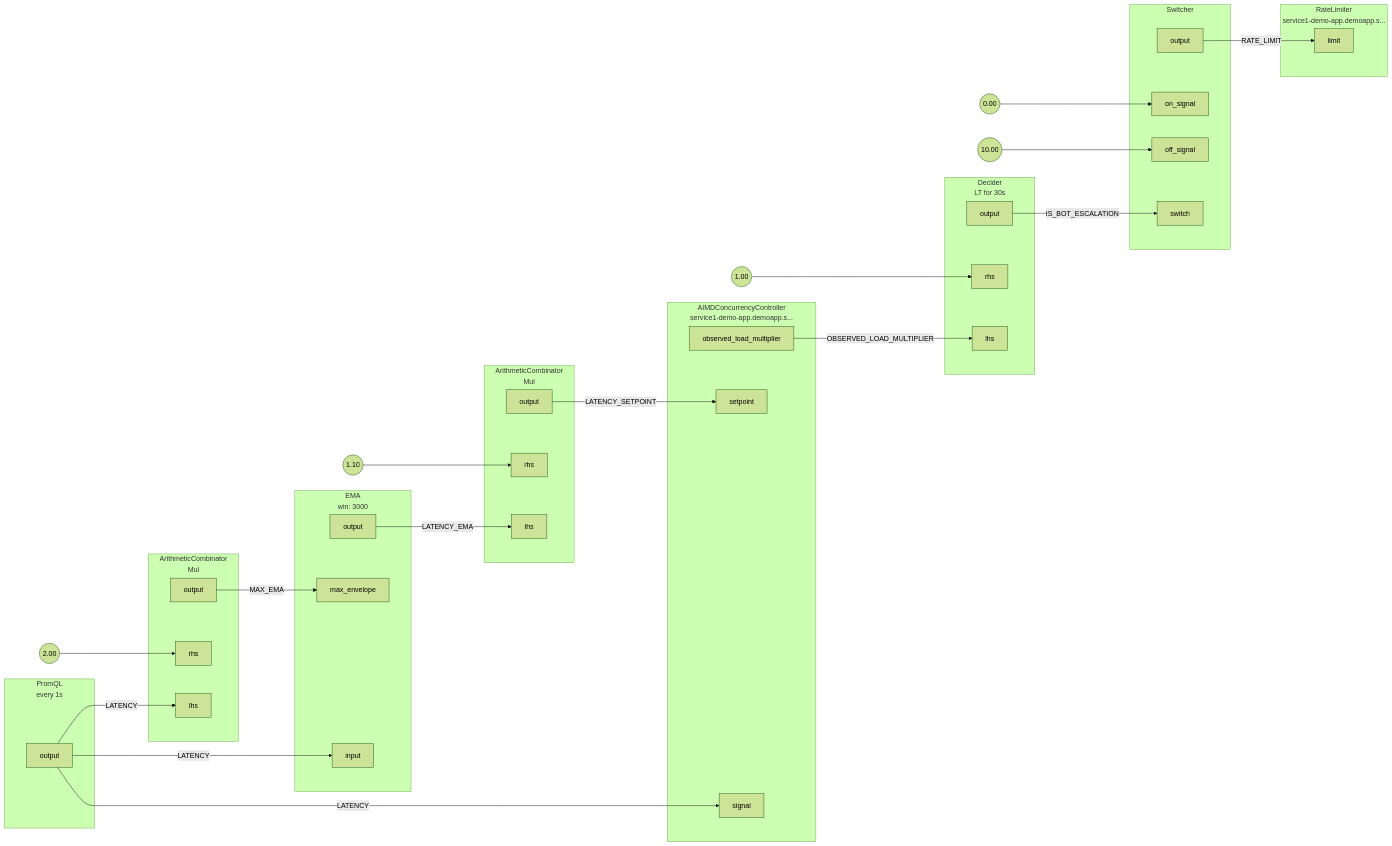
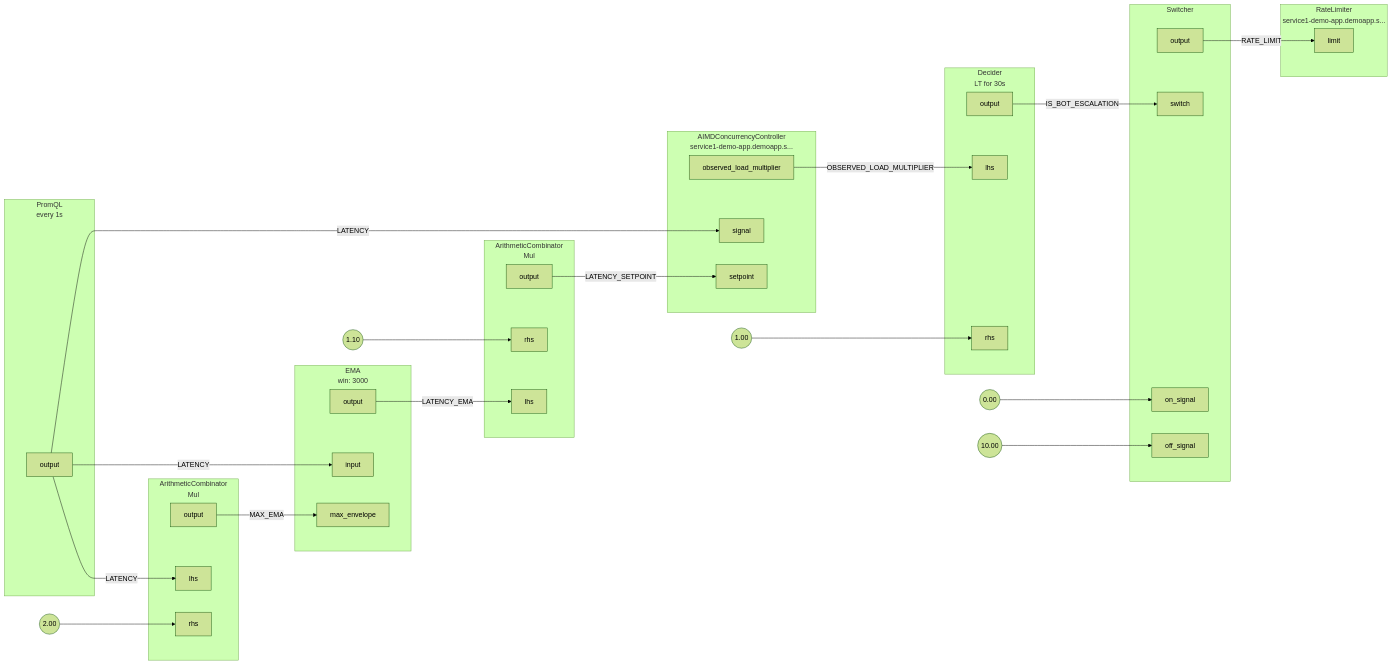
Before and after one commit to fluxninja/aperture: the diagram in docs/content/tutorials/integrations/flow-control/concurrency-limiting/assets/rate-limiting-escalation/rate-limiting-escalation.mmd, drawn with Mermaid (forest theme). The commit also changed other lines of this file and 37 other files, not shown here.

```diff
--- a/docs/content/tutorials/integrations/flow-control/concurrency-limiting/assets/rate-limiting-escalation/rate-limiting-escalation.mmd
+++ b/docs/content/tutorials/integrations/flow-control/concurrency-limiting/assets/rate-limiting-escalation/rate-limiting-escalation.mmd
@@ -1,99 +1,99 @@
 flowchart LR
 subgraph root.0[<center>PromQL<br/>every 1s</center>]
 subgraph root.0_outports[ ]
 style root.0_outports fill:none,stroke:none
 root.0output[output]
 end
 end
 FakeConstant0((2.00))
 FakeConstant0 --> root.1rhs
 subgraph root.1[<center>ArithmeticCombinator<br/>Mul</center>]
 subgraph root.1_inports[ ]
 style root.1_inports fill:none,stroke:none
 root.1lhs[lhs]
 root.1rhs[rhs]
 end
 subgraph root.1_outports[ ]
 style root.1_outports fill:none,stroke:none
 root.1output[output]
 end
 end
 FakeConstant1((1.10))
 FakeConstant1 --> root.2rhs
 subgraph root.2[<center>ArithmeticCombinator<br/>Mul</center>]
 subgraph root.2_inports[ ]
 style root.2_inports fill:none,stroke:none
 root.2lhs[lhs]
 root.2rhs[rhs]
 end
 subgraph root.2_outports[ ]
 style root.2_outports fill:none,stroke:none
 root.2output[output]
 end
 end
 subgraph root.3[<center>EMA<br/>win: 3000</center>]
 subgraph root.3_inports[ ]
 style root.3_inports fill:none,stroke:none
+root.3input[input]
 root.3max_envelope[max_envelope]
-root.3input[input]
 end
 subgraph root.3_outports[ ]
 style root.3_outports fill:none,stroke:none
 root.3output[output]
 end
 end
 subgraph root.4[<center>AIMDConcurrencyController<br/>service1-demo-app.demoapp.s...</center>]
 subgraph root.4_inports[ ]
 style root.4_inports fill:none,stroke:none
 root.4setpoint[setpoint]
 root.4signal[signal]
 end
 subgraph root.4_outports[ ]
 style root.4_outports fill:none,stroke:none
 root.4observed_load_multiplier[observed_load_multiplier]
 end
 end
 FakeConstant2((1.00))
 FakeConstant2 --> root.5rhs
 subgraph root.5[<center>Decider<br/>LT for 30s</center>]
 subgraph root.5_inports[ ]
 style root.5_inports fill:none,stroke:none
+root.5rhs[rhs]
 root.5lhs[lhs]
-root.5rhs[rhs]
 end
 subgraph root.5_outports[ ]
 style root.5_outports fill:none,stroke:none
 root.5output[output]
 end
 end
 FakeConstant3((0.00))
 FakeConstant3 --> root.6on_signal
 FakeConstant4((10.00))
 FakeConstant4 --> root.6off_signal
 subgraph root.6[Switcher]
 subgraph root.6_inports[ ]
 style root.6_inports fill:none,stroke:none
-root.6switch[switch]
 root.6on_signal[on_signal]
 root.6off_signal[off_signal]
+root.6switch[switch]
 end
 subgraph root.6_outports[ ]
 style root.6_outports fill:none,stroke:none
 root.6output[output]
 end
 end
 subgraph root.7[<center>RateLimiter<br/>service1-demo-app.demoapp.s...</center>]
 subgraph root.7_inports[ ]
 style root.7_inports fill:none,stroke:none
 root.7limit[limit]
 end
 end
+root.5output --> |IS_BOT_ESCALATION| root.6switch
+root.2output --> |LATENCY_SETPOINT| root.4setpoint
+root.1output --> |MAX_EMA| root.3max_envelope
+root.3output --> |LATENCY_EMA| root.2lhs
 root.4observed_load_multiplier --> |OBSERVED_LOAD_MULTIPLIER| root.5lhs
+root.6output --> |RATE_LIMIT| root.7limit
 root.0output --> |LATENCY| root.1lhs
 root.0output --> |LATENCY| root.3input
 root.0output --> |LATENCY| root.4signal
-root.2output --> |LATENCY_SETPOINT| root.4setpoint
-root.3output --> |LATENCY_EMA| root.2lhs
-root.6output --> |RATE_LIMIT| root.7limit
-root.1output --> |MAX_EMA| root.3max_envelope
-root.5output --> |IS_BOT_ESCALATION| root.6switch
```
